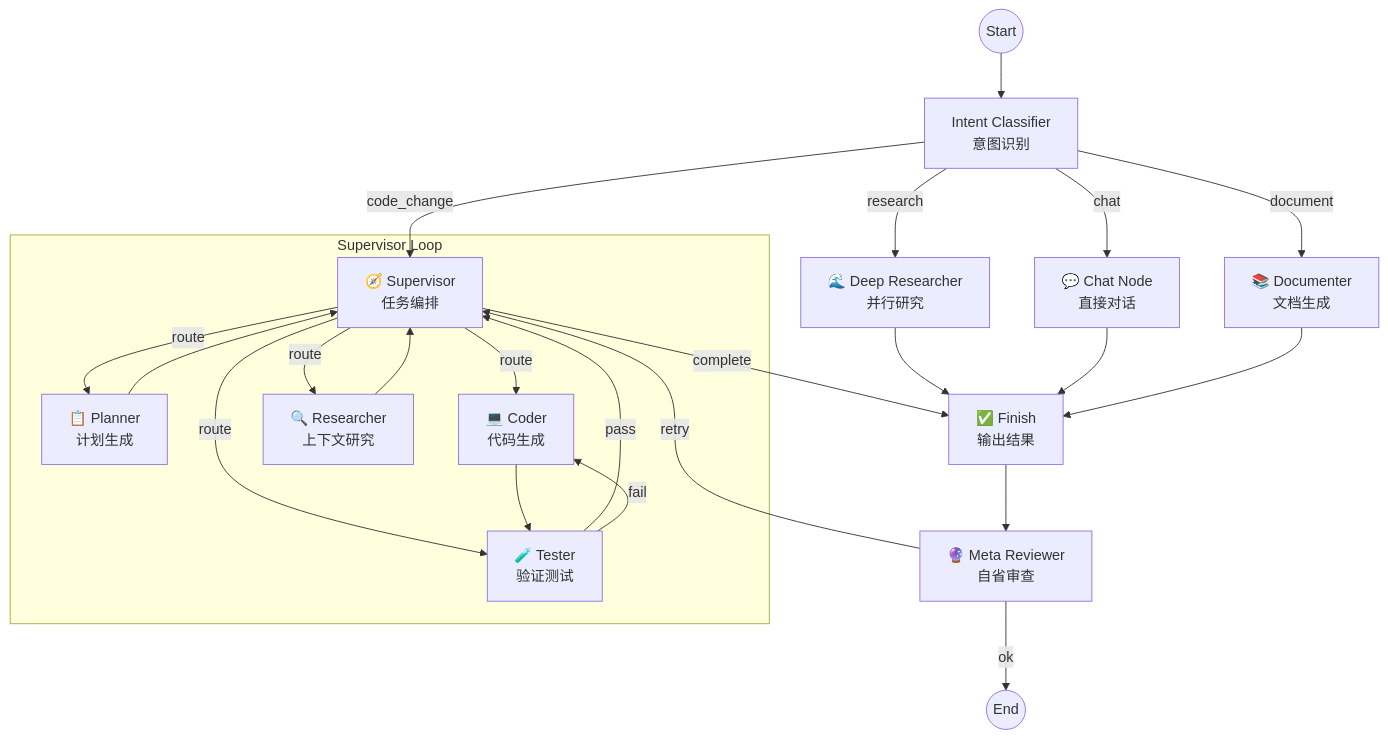
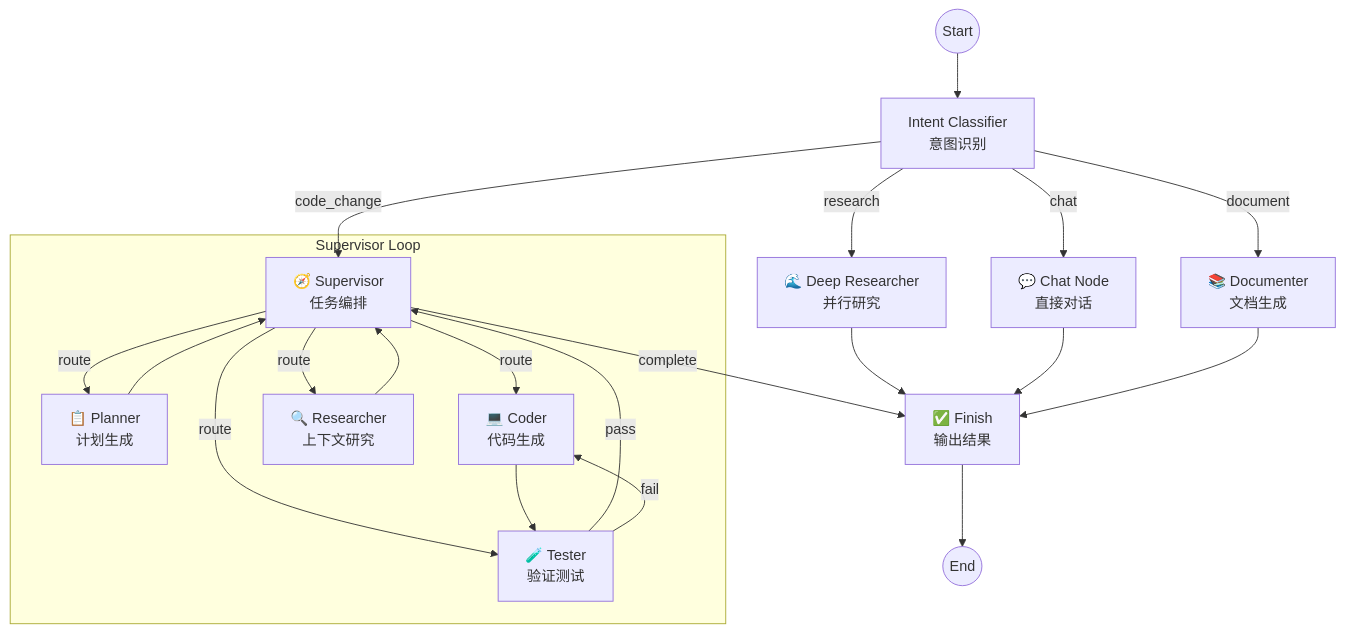
Before and after one commit to wonderful-team/evoloop: the second of 8 diagrams in docs/系统架构分析报告.md, drawn with Mermaid. The commit also changed other lines of this file and 369 other files, not shown here.

````diff
--- a/docs/系统架构分析报告.md
+++ b/docs/系统架构分析报告.md
@@ -67,30 +67,28 @@
 ```mermaid
 flowchart TD
     START((Start)) --> INTENT["Intent Classifier<br>意图识别"]
     INTENT -->|"code_change"| SUPERVISOR
     INTENT -->|"research"| DEEPRES
     INTENT -->|"chat"| CHAT
     INTENT -->|"document"| DOC
     
     subgraph "Supervisor Loop"
         SUPERVISOR["🧭 Supervisor<br>任务编排"] -->|"route"| PLANNER["📋 Planner<br>计划生成"]
         SUPERVISOR -->|"route"| CODER["💻 Coder<br>代码生成"]
         SUPERVISOR -->|"route"| TESTER["🧪 Tester<br>验证测试"]
         SUPERVISOR -->|"route"| RESEARCHER["🔍 Researcher<br>上下文研究"]
         
         PLANNER --> SUPERVISOR
         CODER --> TESTER
         TESTER -->|"pass"| SUPERVISOR
         TESTER -->|"fail"| CODER
         RESEARCHER --> SUPERVISOR
     end
     
     DEEPRES["🌊 Deep Researcher<br>并行研究"] --> FINISH
     CHAT["💬 Chat Node<br>直接对话"] --> FINISH
     DOC["📚 Documenter<br>文档生成"] --> FINISH
     
     SUPERVISOR -->|"complete"| FINISH["✅ Finish<br>输出结果"]
-    FINISH --> METAREVIEW["🔮 Meta Reviewer<br>自省审查"]
-    METAREVIEW -->|"ok"| END((End))
-    METAREVIEW -->|"retry"| SUPERVISOR
+    FINISH --> END((End))
 ```
````
